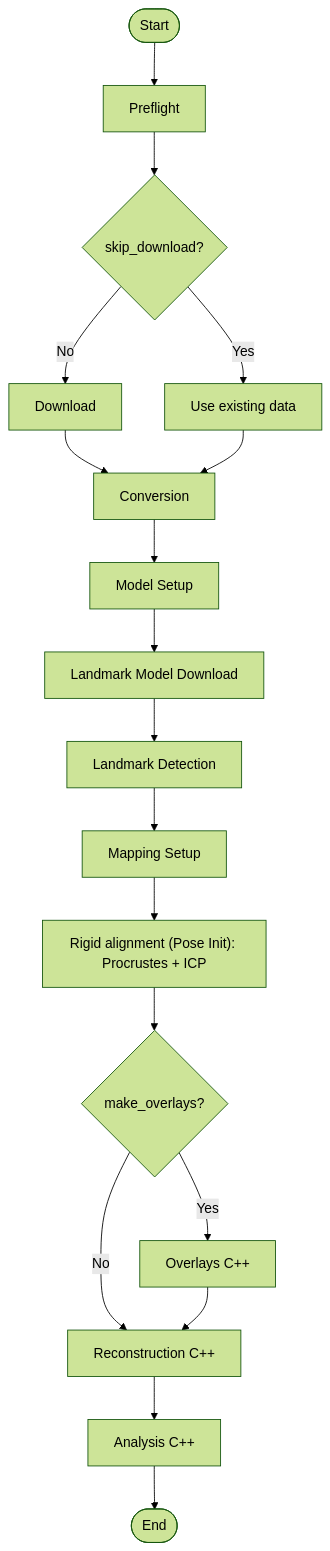
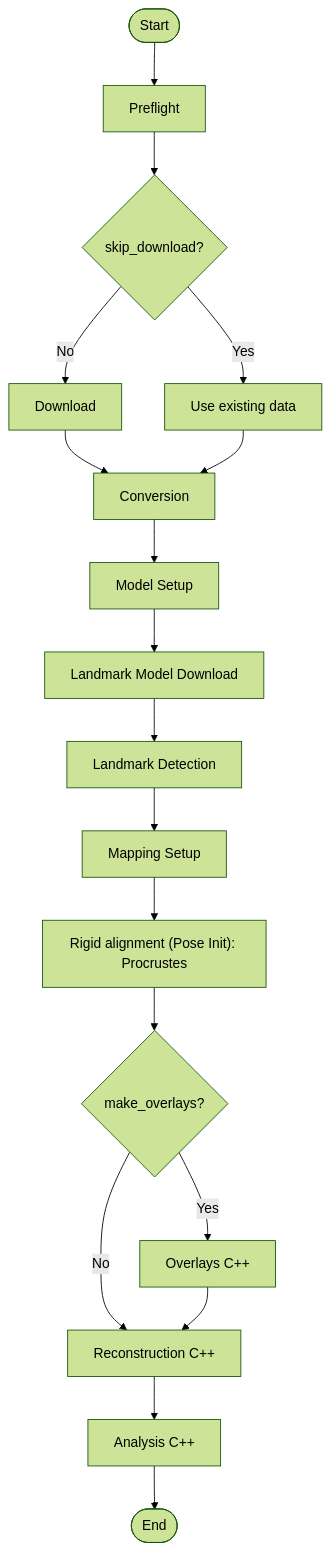
One commit to ArdaSenyurek/Face-Reconstruction-TUM-3D-Scanning changed the second of 3 diagrams in README.md. Above: the diagram before and after it, drawn with Mermaid (forest theme). The commit also changed other lines of this file and 31 other files, not shown here.

````diff
--- a/README.md
+++ b/README.md
@@ -77,20 +77,20 @@
 ```mermaid
 flowchart TD
   Start([Start]) --> Preflight[Preflight]
   Preflight --> Download{skip_download?}
   Download -->|No| DownloadStep[Download]
   Download -->|Yes| FindData[Use existing data]
   DownloadStep --> Convert[Conversion]
   FindData --> Convert
   Convert --> ModelSetup[Model Setup]
   ModelSetup --> LandmarkModel[Landmark Model Download]
   LandmarkModel --> LandmarkDetect[Landmark Detection]
   LandmarkDetect --> MappingSetup[Mapping Setup]
-  MappingSetup --> PoseInit["Rigid alignment (Pose Init): Procrustes + ICP"]
+  MappingSetup --> PoseInit["Rigid alignment (Pose Init): Procrustes"]
   PoseInit --> Overlays{make_overlays?}
   Overlays -->|Yes| Week4Overlay[Overlays C++]
   Overlays -->|No| Reconstruction[Reconstruction C++]
   Week4Overlay --> Reconstruction
   Reconstruction --> Analysis[Analysis C++]
   Analysis --> End([End])
 ```
````
